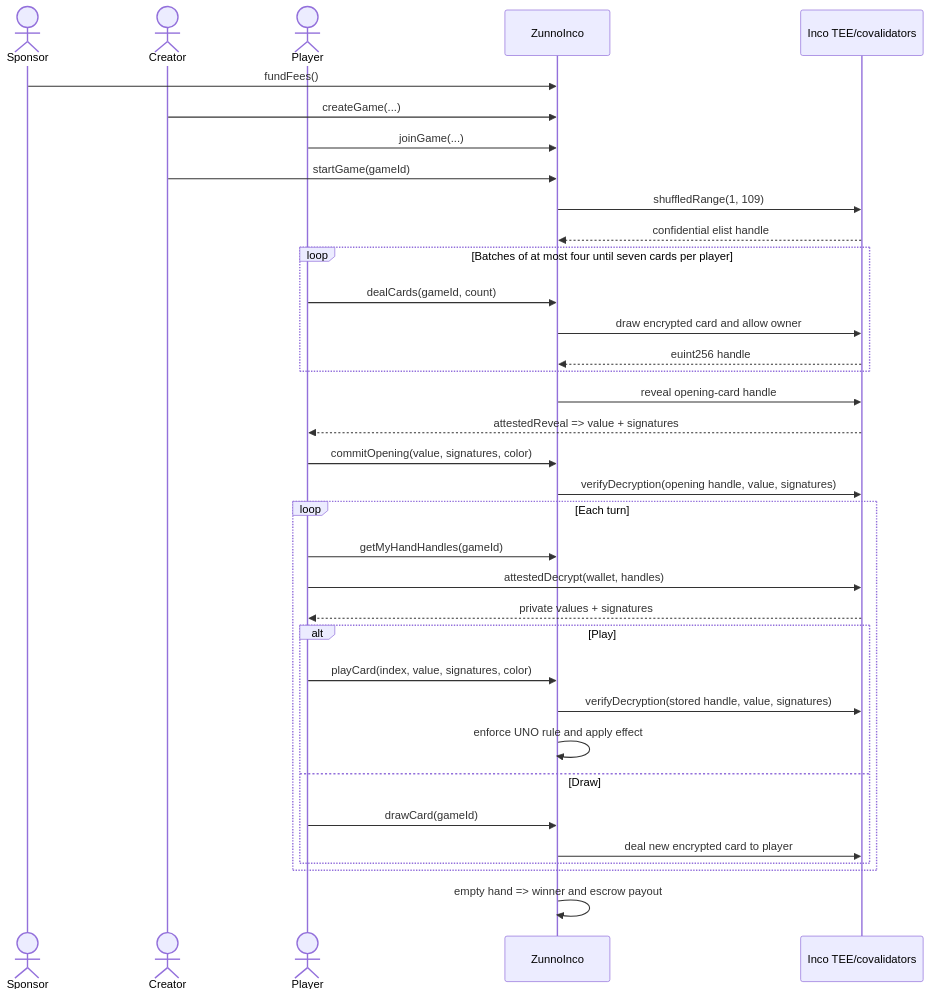
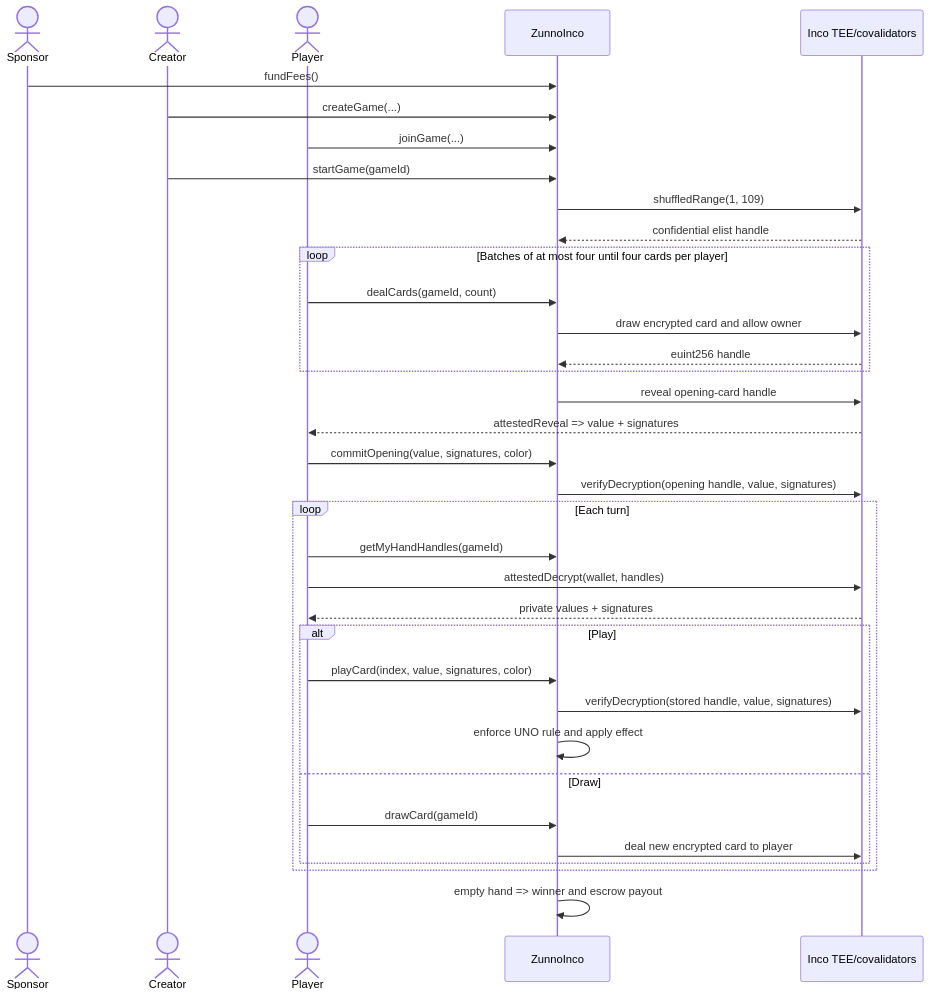
One commit to ayush4345/zunno-inco changed the second of 2 diagrams in docs/INCO_INTEGRATION.md. Above: the diagram before and after it, drawn with Mermaid. The commit also changed other lines of this file and 1 other file, not shown here.

Commit message:
chore: point client to four-card deployment

````diff
--- a/docs/INCO_INTEGRATION.md
+++ b/docs/INCO_INTEGRATION.md
@@ -58,40 +58,40 @@
 ```mermaid
 sequenceDiagram
     actor Sponsor
     actor Creator
     actor Player
     participant Game as ZunnoInco
     participant Inco as Inco TEE/covalidators
 
     Sponsor->>Game: fundFees()
     Creator->>Game: createGame(...)
     Player->>Game: joinGame(...)
     Creator->>Game: startGame(gameId)
     Game->>Inco: shuffledRange(1, 109)
     Inco-->>Game: confidential elist handle
-    loop Batches of at most four until seven cards per player
+    loop Batches of at most four until four cards per player
         Player->>Game: dealCards(gameId, count)
         Game->>Inco: draw encrypted card and allow owner
         Inco-->>Game: euint256 handle
     end
     Game->>Inco: reveal opening-card handle
     Inco-->>Player: attestedReveal => value + signatures
     Player->>Game: commitOpening(value, signatures, color)
     Game->>Inco: verifyDecryption(opening handle, value, signatures)
 
     loop Each turn
         Player->>Game: getMyHandHandles(gameId)
         Player->>Inco: attestedDecrypt(wallet, handles)
         Inco-->>Player: private values + signatures
         alt Play
             Player->>Game: playCard(index, value, signatures, color)
             Game->>Inco: verifyDecryption(stored handle, value, signatures)
             Game->>Game: enforce UNO rule and apply effect
         else Draw
             Player->>Game: drawCard(gameId)
             Game->>Inco: deal new encrypted card to player
         end
     end
 
     Game->>Game: empty hand => winner and escrow payout
 ```
````
